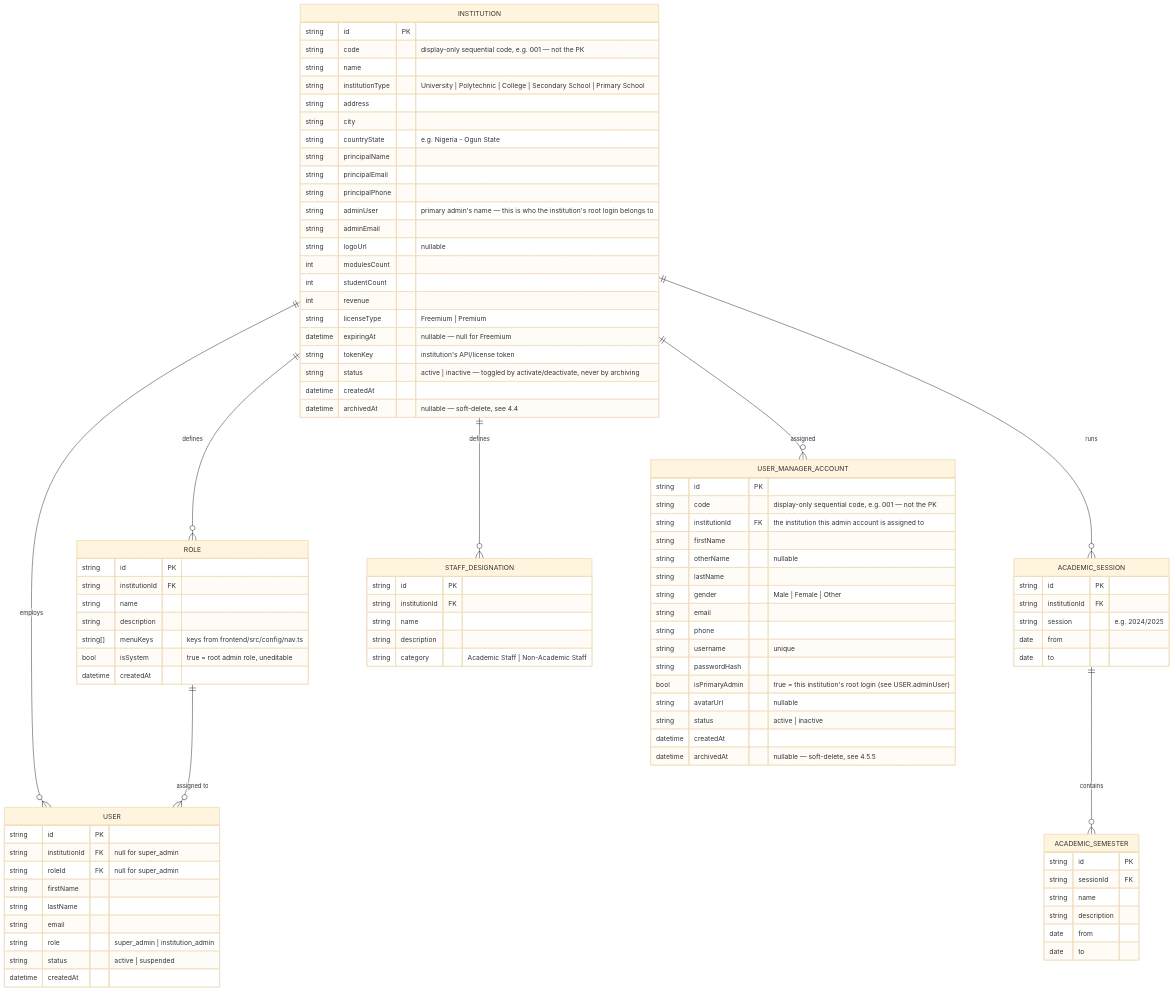
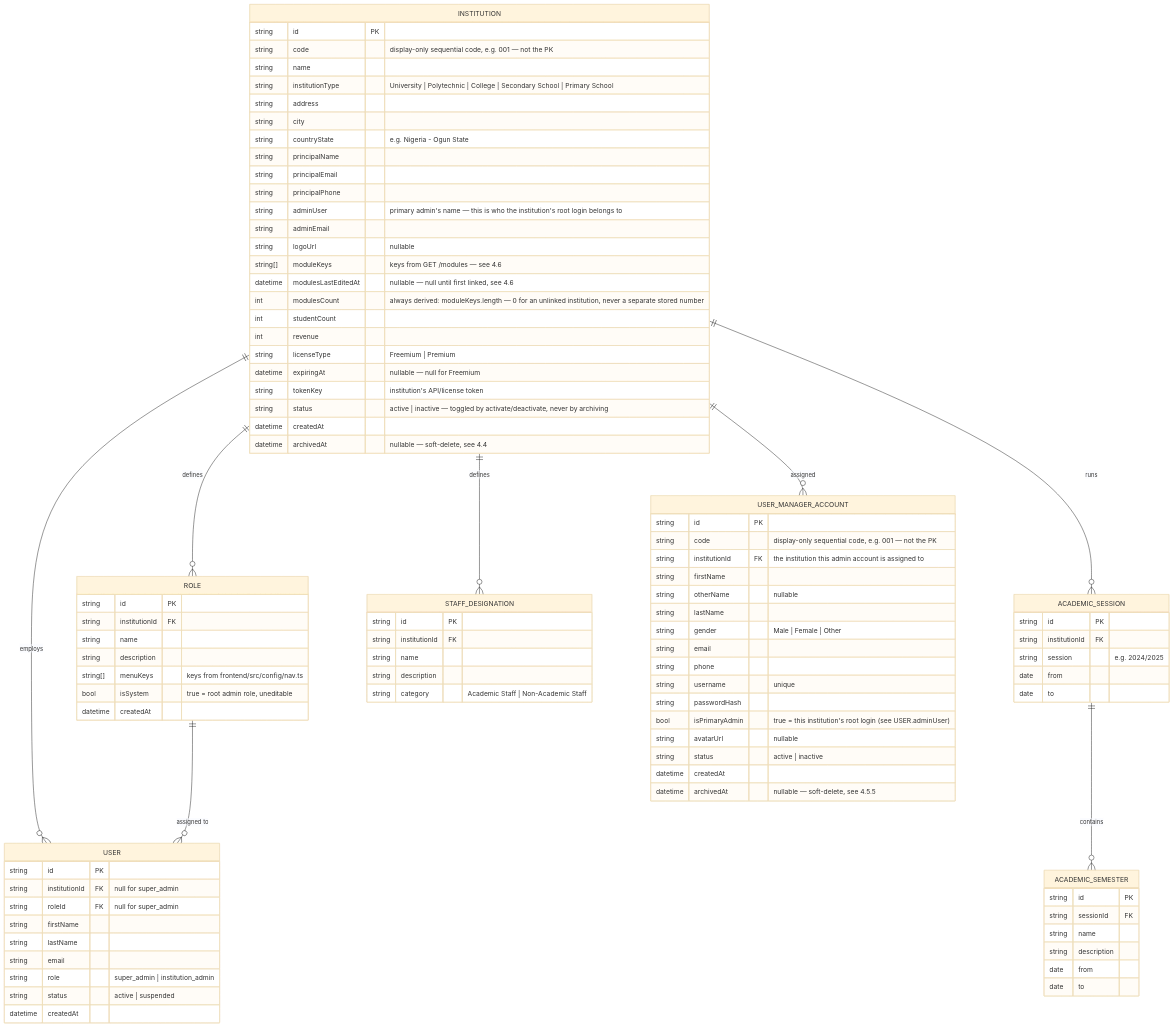
The first of 5 diagrams in backend/API_CONTRACT.md (turontechnologies/T-Educare), drawn with Mermaid (base theme) before and after one commit. The commit also changed other lines of this file and 13 other files, not shown here.

```diff
--- a/backend/API_CONTRACT.md
+++ b/backend/API_CONTRACT.md
@@ -123,7 +123,9 @@
         string adminUser "primary admin's name — this is who the institution's root login belongs to"
         string adminEmail
         string logoUrl "nullable"
-        int modulesCount
+        string[] moduleKeys "keys from GET /modules — see 4.6"
+        datetime modulesLastEditedAt "nullable — null until first linked, see 4.6"
+        int modulesCount "always derived: moduleKeys.length — 0 for an unlinked institution, never a separate stored number"
         int studentCount
         int revenue
         string licenseType "Freemium | Premium"
```
